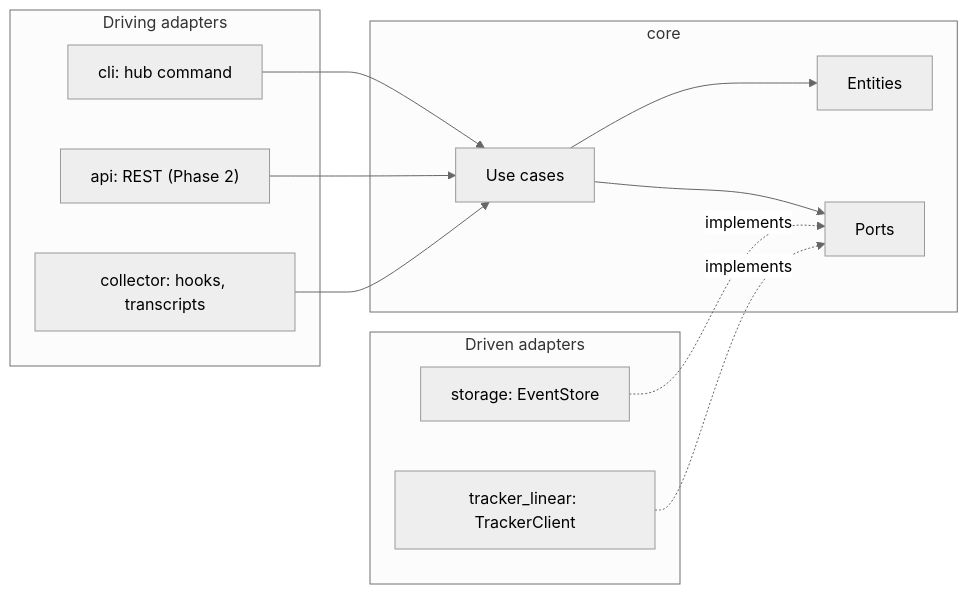
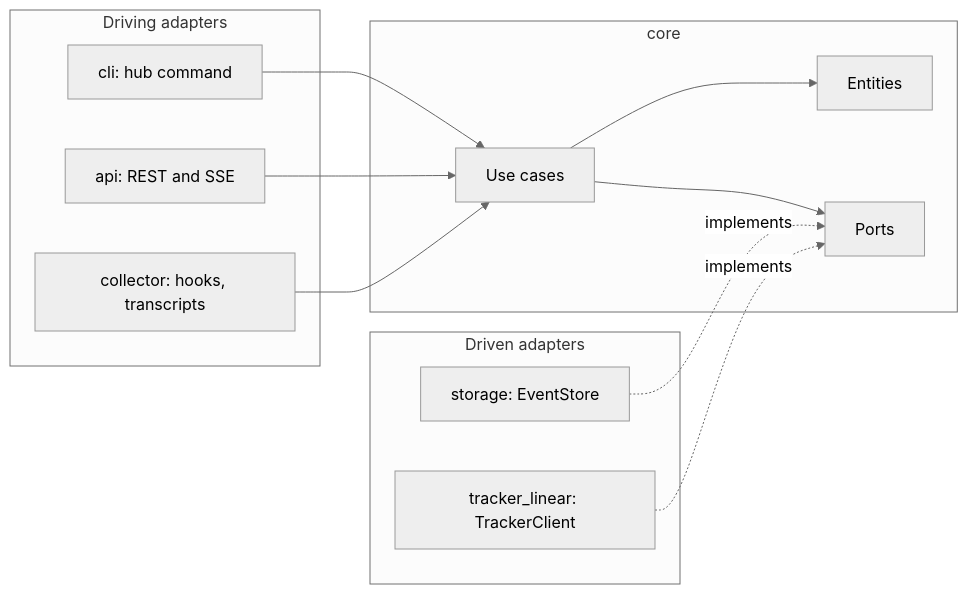
One commit to jroquette/agent-hub changed the second of 2 diagrams in docs/ARCHITECTURE.md. Above: the diagram before and after it, drawn with Mermaid (neutral theme). The commit also changed other lines of this file and 7 other files, not shown here.

Commit message:
docs(docs): SPEC, API, architecture, testing and using guide for the control plane (AGH-200)

````diff
--- a/docs/ARCHITECTURE.md
+++ b/docs/ARCHITECTURE.md
@@ -116,21 +131,21 @@
 ```mermaid
 flowchart LR
   subgraph adapters_in[Driving adapters]
     cli[cli: hub command]
-    api["api: REST (Phase 2)"]
+    api["api: REST and SSE"]
     collector[collector: hooks, transcripts]
   end
   subgraph core[core]
     usecases[Use cases] --> entities[Entities]
     usecases --> ports[Ports]
   end
   subgraph adapters_out[Driven adapters]
     storage[storage: EventStore]
     tracker[tracker_linear: TrackerClient]
   end
   cli --> usecases
   api --> usecases
   collector --> usecases
   storage -. implements .-> ports
   tracker -. implements .-> ports
 ```
````
